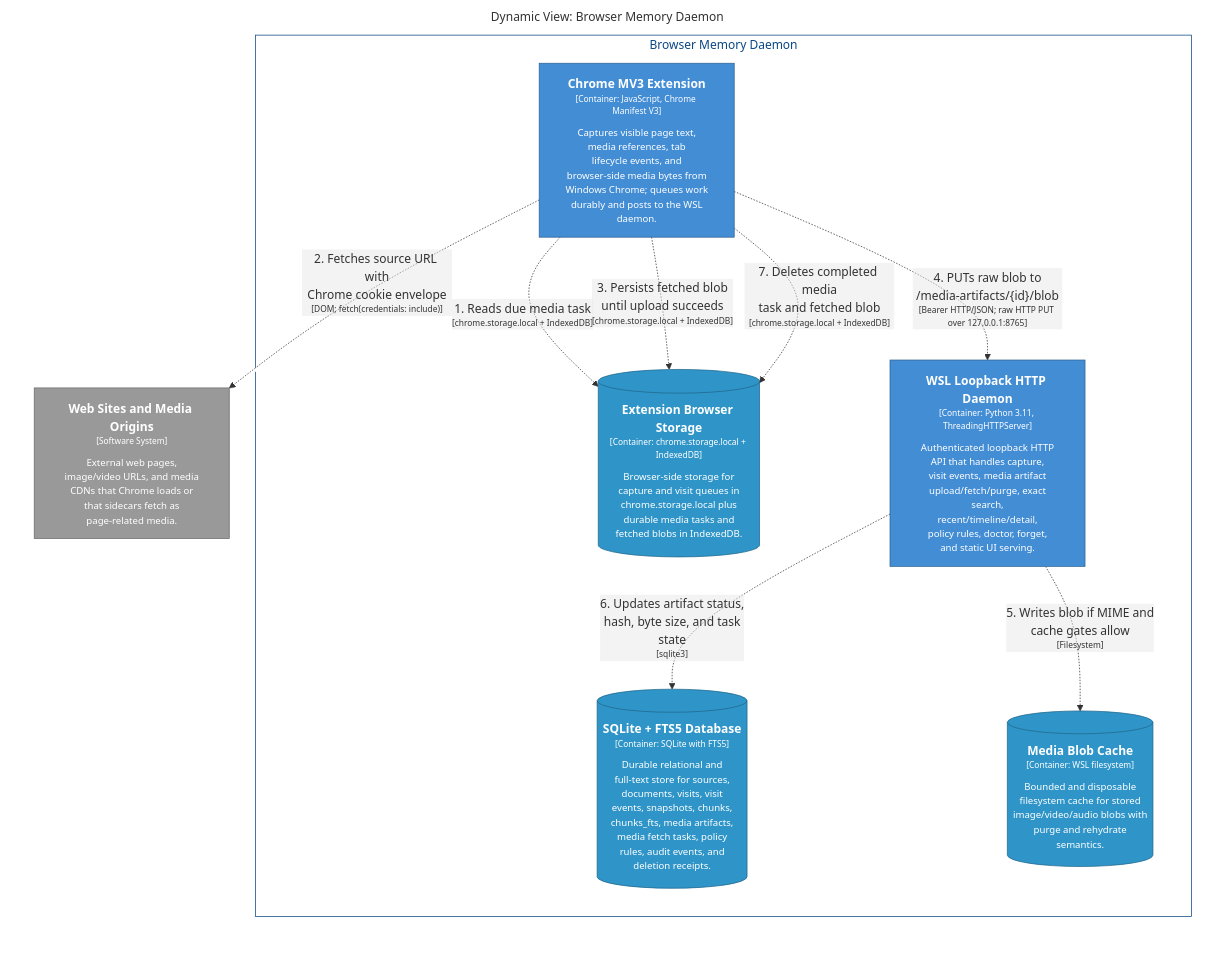
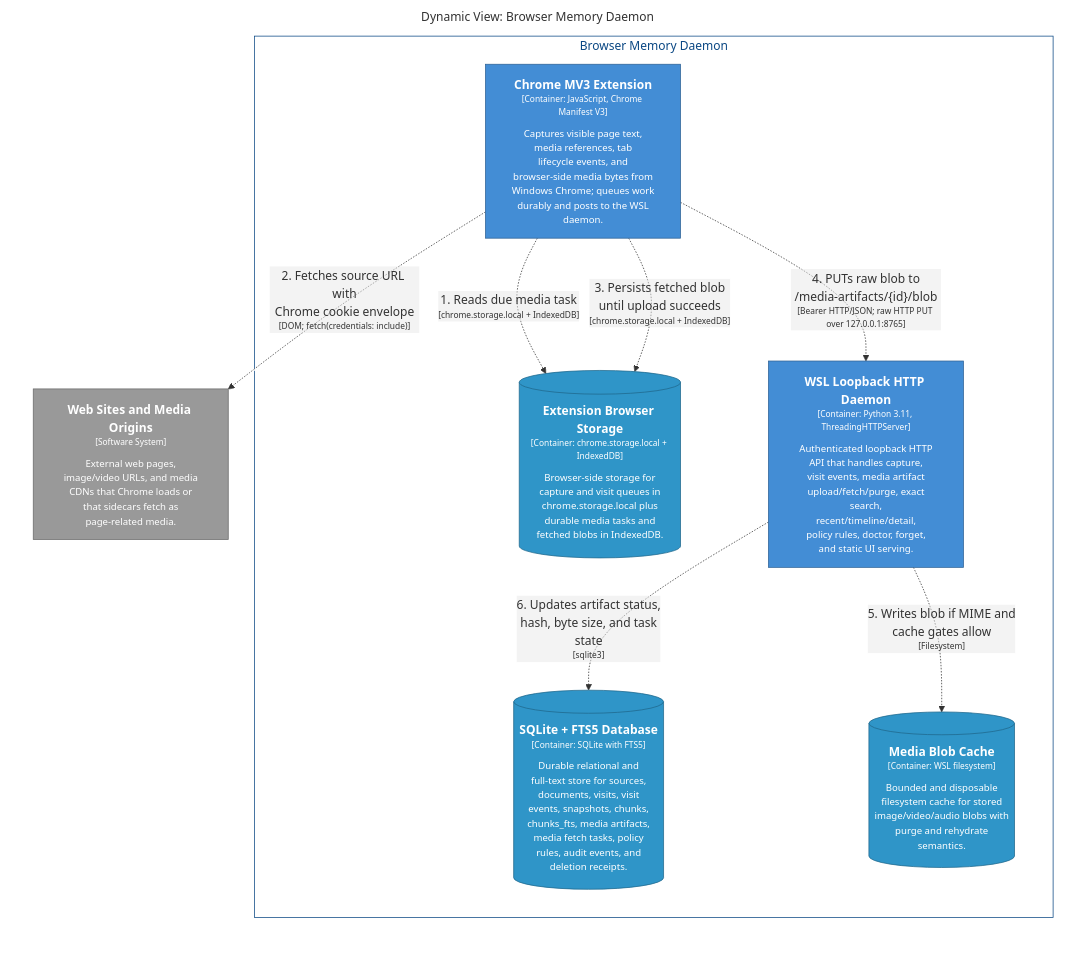
Before and after one commit to michaelnicks0/browser-memory-daemon: the diagram in architecture/diagrams/markdown/CredentialedMediaSidecarFlow.md, drawn with Mermaid. The commit also changed other lines of this file and 83 other files, not shown here.

Commit message:
docs: clean C4 diagram renders

````diff
--- a/architecture/diagrams/markdown/CredentialedMediaSidecarFlow.md
+++ b/architecture/diagrams/markdown/CredentialedMediaSidecarFlow.md
@@ -7,35 +16,34 @@
 ```mermaid
 graph LR
   linkStyle default fill:#ffffff
 
   subgraph diagram ["Dynamic View: Browser Memory Daemon"]
     style diagram fill:#ffffff,stroke:#ffffff
 
     subgraph 4 ["Browser Memory Daemon"]
       style 4 fill:#ffffff,stroke:#0b4884,color:#0b4884
 
       13[("<div style='font-weight: bold'>Extension Browser Storage</div><div style='font-size: 70%; margin-top: 0px'>[Container: chrome.storage.local + IndexedDB]</div><div style='font-size: 80%; margin-top:10px'>Browser-side storage for<br />capture and visit queues in<br />chrome.storage.local plus<br />durable media tasks and<br />fetched blobs in IndexedDB.</div>")]
       style 13 fill:#2f95c8,stroke:#20688c,color:#ffffff
       14["<div style='font-weight: bold'>WSL Loopback HTTP Daemon</div><div style='font-size: 70%; margin-top: 0px'>[Container: Python 3.11, ThreadingHTTPServer]</div><div style='font-size: 80%; margin-top:10px'>Authenticated loopback HTTP<br />API that handles capture,<br />visit events, media artifact<br />upload/fetch/purge, exact<br />search,<br />recent/timeline/detail,<br />policy rules, doctor, forget,<br />and static UI serving.</div>"]
       style 14 fill:#438dd5,stroke:#2e6295,color:#ffffff
       27[("<div style='font-weight: bold'>SQLite + FTS5 Database</div><div style='font-size: 70%; margin-top: 0px'>[Container: SQLite with FTS5]</div><div style='font-size: 80%; margin-top:10px'>Durable relational and<br />full-text store for sources,<br />documents, visits, visit<br />events, snapshots, chunks,<br />chunks_fts, media artifacts,<br />media fetch tasks, policy<br />rules, audit events, and<br />deletion receipts.</div>")]
       style 27 fill:#2f95c8,stroke:#20688c,color:#ffffff
       29[("<div style='font-weight: bold'>Media Blob Cache</div><div style='font-size: 70%; margin-top: 0px'>[Container: WSL filesystem]</div><div style='font-size: 80%; margin-top:10px'>Bounded and disposable<br />filesystem cache for stored<br />image/video/audio blobs with<br />purge and rehydrate<br />semantics.</div>")]
       style 29 fill:#2f95c8,stroke:#20688c,color:#ffffff
       5["<div style='font-weight: bold'>Chrome MV3 Extension</div><div style='font-size: 70%; margin-top: 0px'>[Container: JavaScript, Chrome Manifest V3]</div><div style='font-size: 80%; margin-top:10px'>Captures visible page text,<br />media references, tab<br />lifecycle events, and<br />browser-side media bytes from<br />Windows Chrome; queues work<br />durably and posts to the WSL<br />daemon.</div>"]
       style 5 fill:#438dd5,stroke:#2e6295,color:#ffffff
     end
 
     3["<div style='font-weight: bold'>Web Sites and Media Origins</div><div style='font-size: 70%; margin-top: 0px'>[Software System]</div><div style='font-size: 80%; margin-top:10px'>External web pages,<br />image/video URLs, and media<br />CDNs that Chrome loads or<br />that sidecars fetch as<br />page-related media.</div>"]
     style 3 fill:#999999,stroke:#6b6b6b,color:#ffffff
 
     5-. "<div>1. Reads due media task</div><div style='font-size: 70%'>[chrome.storage.local + IndexedDB]</div>" .->13
     5-. "<div>2. Fetches source URL with<br />Chrome cookie envelope</div><div style='font-size: 70%'>[DOM; fetch(credentials: include)]</div>" .->3
     5-. "<div>3. Persists fetched blob<br />until upload succeeds</div><div style='font-size: 70%'>[chrome.storage.local + IndexedDB]</div>" .->13
     5-. "<div>4. PUTs raw blob to<br />/media-artifacts/{id}/blob</div><div style='font-size: 70%'>[Bearer HTTP/JSON; raw HTTP PUT over 127.0.0.1:8765]</div>" .->14
     14-. "<div>5. Writes blob if MIME and<br />cache gates allow</div><div style='font-size: 70%'>[Filesystem]</div>" .->29
     14-. "<div>6. Updates artifact status,<br />hash, byte size, and task<br />state</div><div style='font-size: 70%'>[sqlite3]</div>" .->27
-    5-. "<div>7. Deletes completed media<br />task and fetched blob</div><div style='font-size: 70%'>[chrome.storage.local + IndexedDB]</div>" .->13
 
   end
 ```
````
